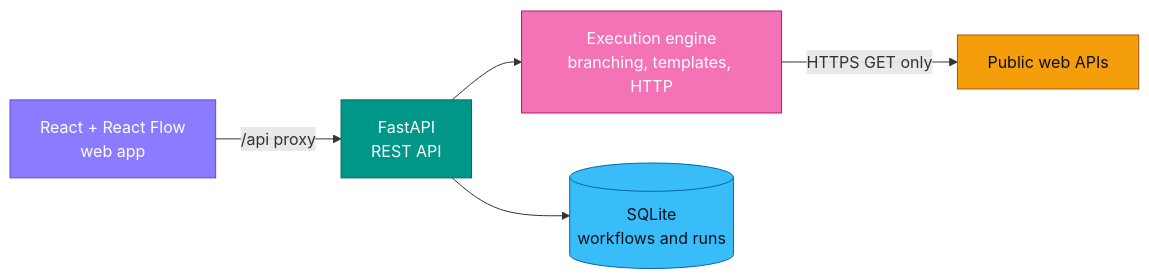
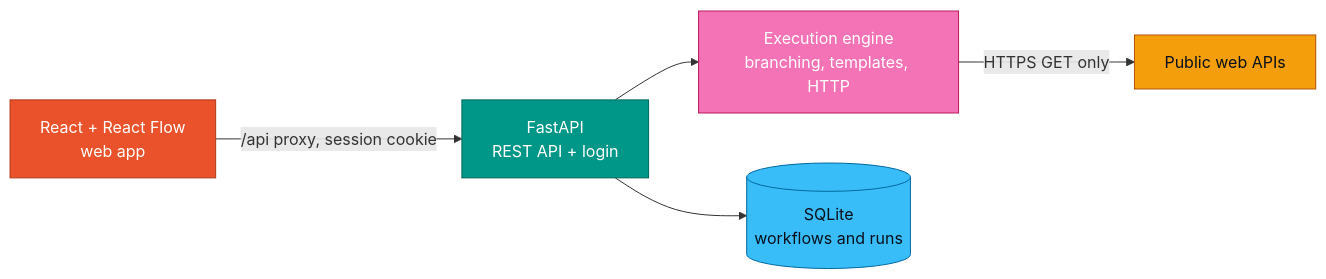
The diagram in README.md (AmjadAzward/flowpilot), drawn with Mermaid before and after one commit. The commit also changed other lines of this file and 25 other files, not shown here.

````diff
--- a/README.md
+++ b/README.md
@@ -99,13 +119,13 @@
 ```mermaid
 flowchart LR
-    A[React + React Flow<br/>web app]:::ui -->|/api proxy| B[FastAPI<br/>REST API]:::api
+    A[React + React Flow<br/>web app]:::ui -->|/api proxy, session cookie| B[FastAPI<br/>REST API + login]:::api
     B --> C[Execution engine<br/>branching, templates, HTTP]:::engine
     B --> D[(SQLite<br/>workflows and runs)]:::db
     C -->|HTTPS GET only| E[Public web APIs]:::ext
 
-    classDef ui fill:#8B7BFF,stroke:#5b4cdb,color:#ffffff
+    classDef ui fill:#E9522A,stroke:#b13a18,color:#ffffff
     classDef api fill:#009688,stroke:#00695c,color:#ffffff
     classDef engine fill:#F472B6,stroke:#be185d,color:#ffffff
     classDef db fill:#38BDF8,stroke:#0369a1,color:#0a0f1c
     classDef ext fill:#F59E0B,stroke:#b45309,color:#0a0f1c
 ```
````
